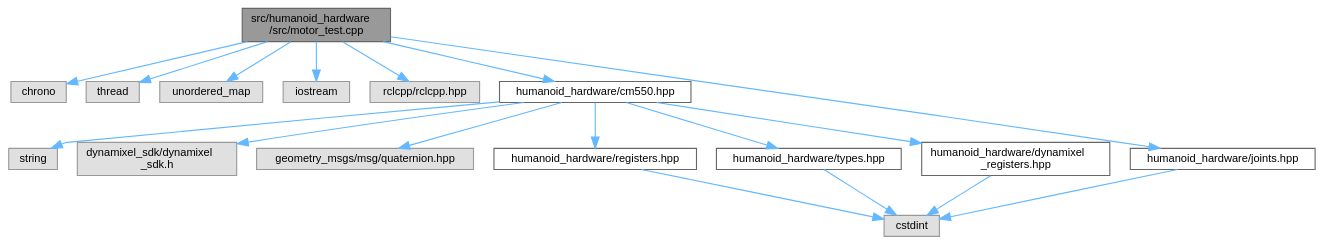
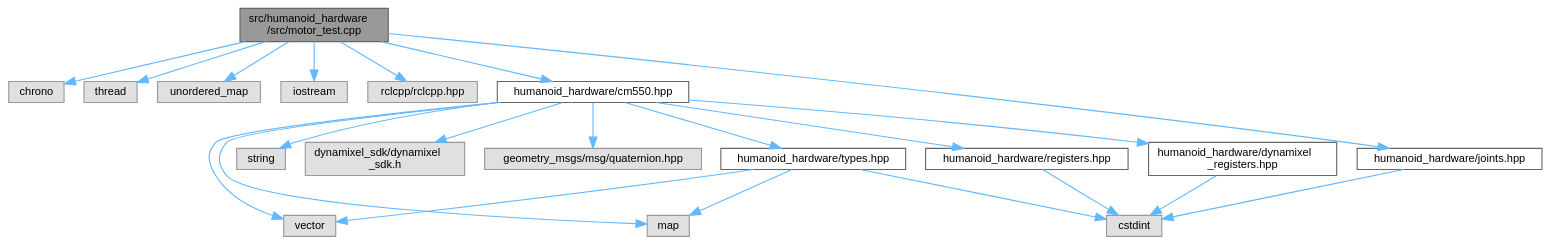
One commit to Sensor-Fusion-and-Advanced-Control/.github changed the diagram in humanoid/api/cpp_generated/motor__test_8cpp__incl.dot. Above: the diagram before and after it, drawn with Graphviz. The commit also changed 229 other files, not shown here.

```diff
--- a/humanoid/api/cpp_generated/motor__test_8cpp__incl.dot
+++ b/humanoid/api/cpp_generated/motor__test_8cpp__incl.dot
@@ -1,39 +1,45 @@
 digraph "src/humanoid_hardware/src/motor_test.cpp"
 {
  // LATEX_PDF_SIZE
   bgcolor="transparent";
   edge [fontname=Helvetica,fontsize=10,labelfontname=Helvetica,labelfontsize=10];
   node [fontname=Helvetica,fontsize=10,shape=box,height=0.2,width=0.4];
   Node1 [id="Node000001",label="src/humanoid_hardware\l/src/motor_test.cpp",height=0.2,width=0.4,color="gray40", fillcolor="grey60", style="filled", fontcolor="black",tooltip=" "];
   Node1 -> Node2 [id="edge1_Node000001_Node000002",color="steelblue1",style="solid",tooltip=" "];
   Node2 [id="Node000002",label="chrono",height=0.2,width=0.4,color="grey60", fillcolor="#E0E0E0", style="filled",tooltip=" "];
   Node1 -> Node3 [id="edge2_Node000001_Node000003",color="steelblue1",style="solid",tooltip=" "];
   Node3 [id="Node000003",label="thread",height=0.2,width=0.4,color="grey60", fillcolor="#E0E0E0", style="filled",tooltip=" "];
   Node1 -> Node4 [id="edge3_Node000001_Node000004",color="steelblue1",style="solid",tooltip=" "];
   Node4 [id="Node000004",label="unordered_map",height=0.2,width=0.4,color="grey60", fillcolor="#E0E0E0", style="filled",tooltip=" "];
   Node1 -> Node5 [id="edge4_Node000001_Node000005",color="steelblue1",style="solid",tooltip=" "];
   Node5 [id="Node000005",label="iostream",height=0.2,width=0.4,color="grey60", fillcolor="#E0E0E0", style="filled",tooltip=" "];
   Node1 -> Node6 [id="edge5_Node000001_Node000006",color="steelblue1",style="solid",tooltip=" "];
   Node6 [id="Node000006",label="rclcpp/rclcpp.hpp",height=0.2,width=0.4,color="grey60", fillcolor="#E0E0E0", style="filled",tooltip=" "];
   Node1 -> Node7 [id="edge6_Node000001_Node000007",color="steelblue1",style="solid",tooltip=" "];
   Node7 [id="Node000007",label="humanoid_hardware/cm550.hpp",height=0.2,width=0.4,color="grey40", fillcolor="white", style="filled",URL="$cm550_8hpp.html",tooltip=" "];
   Node7 -> Node8 [id="edge7_Node000007_Node000008",color="steelblue1",style="solid",tooltip=" "];
-  Node8 [id="Node000008",label="string",height=0.2,width=0.4,color="grey60", fillcolor="#E0E0E0", style="filled",tooltip=" "];
+  Node8 [id="Node000008",label="map",height=0.2,width=0.4,color="grey60", fillcolor="#E0E0E0", style="filled",tooltip=" "];
   Node7 -> Node9 [id="edge8_Node000007_Node000009",color="steelblue1",style="solid",tooltip=" "];
-  Node9 [id="Node000009",label="dynamixel_sdk/dynamixel\l_sdk.h",height=0.2,width=0.4,color="grey60", fillcolor="#E0E0E0", style="filled",tooltip=" "];
+  Node9 [id="Node000009",label="string",height=0.2,width=0.4,color="grey60", fillcolor="#E0E0E0", style="filled",tooltip=" "];
   Node7 -> Node10 [id="edge9_Node000007_Node000010",color="steelblue1",style="solid",tooltip=" "];
-  Node10 [id="Node000010",label="geometry_msgs/msg/quaternion.hpp",height=0.2,width=0.4,color="grey60", fillcolor="#E0E0E0", style="filled",tooltip=" "];
+  Node10 [id="Node000010",label="vector",height=0.2,width=0.4,color="grey60", fillcolor="#E0E0E0", style="filled",tooltip=" "];
   Node7 -> Node11 [id="edge10_Node000007_Node000011",color="steelblue1",style="solid",tooltip=" "];
-  Node11 [id="Node000011",label="humanoid_hardware/registers.hpp",height=0.2,width=0.4,color="grey40", fillcolor="white", style="filled",URL="$registers_8hpp.html",tooltip=" "];
-  Node11 -> Node12 [id="edge11_Node000011_Node000012",color="steelblue1",style="solid",tooltip=" "];
-  Node12 [id="Node000012",label="cstdint",height=0.2,width=0.4,color="grey60", fillcolor="#E0E0E0", style="filled",tooltip=" "];
+  Node11 [id="Node000011",label="dynamixel_sdk/dynamixel\l_sdk.h",height=0.2,width=0.4,color="grey60", fillcolor="#E0E0E0", style="filled",tooltip=" "];
+  Node7 -> Node12 [id="edge11_Node000007_Node000012",color="steelblue1",style="solid",tooltip=" "];
+  Node12 [id="Node000012",label="geometry_msgs/msg/quaternion.hpp",height=0.2,width=0.4,color="grey60", fillcolor="#E0E0E0", style="filled",tooltip=" "];
   Node7 -> Node13 [id="edge12_Node000007_Node000013",color="steelblue1",style="solid",tooltip=" "];
-  Node13 [id="Node000013",label="humanoid_hardware/types.hpp",height=0.2,width=0.4,color="grey40", fillcolor="white", style="filled",URL="$types_8hpp.html",tooltip=" "];
-  Node13 -> Node12 [id="edge13_Node000013_Node000012",color="steelblue1",style="solid",tooltip=" "];
-  Node7 -> Node14 [id="edge14_Node000007_Node000014",color="steelblue1",style="solid",tooltip=" "];
-  Node14 [id="Node000014",label="humanoid_hardware/dynamixel\l_registers.hpp",height=0.2,width=0.4,color="grey40", fillcolor="white", style="filled",URL="$dynamixel__registers_8hpp.html",tooltip=" "];
-  Node14 -> Node12 [id="edge15_Node000014_Node000012",color="steelblue1",style="solid",tooltip=" "];
-  Node1 -> Node15 [id="edge16_Node000001_Node000015",color="steelblue1",style="solid",tooltip=" "];
-  Node15 [id="Node000015",label="humanoid_hardware/joints.hpp",height=0.2,width=0.4,color="grey40", fillcolor="white", style="filled",URL="$joints_8hpp.html",tooltip=" "];
-  Node15 -> Node12 [id="edge17_Node000015_Node000012",color="steelblue1",style="solid",tooltip=" "];
+  Node13 [id="Node000013",label="humanoid_hardware/registers.hpp",height=0.2,width=0.4,color="grey40", fillcolor="white", style="filled",URL="$registers_8hpp.html",tooltip=" "];
+  Node13 -> Node14 [id="edge13_Node000013_Node000014",color="steelblue1",style="solid",tooltip=" "];
+  Node14 [id="Node000014",label="cstdint",height=0.2,width=0.4,color="grey60", fillcolor="#E0E0E0", style="filled",tooltip=" "];
+  Node7 -> Node15 [id="edge14_Node000007_Node000015",color="steelblue1",style="solid",tooltip=" "];
+  Node15 [id="Node000015",label="humanoid_hardware/types.hpp",height=0.2,width=0.4,color="grey40", fillcolor="white", style="filled",URL="$types_8hpp.html",tooltip=" "];
+  Node15 -> Node14 [id="edge15_Node000015_Node000014",color="steelblue1",style="solid",tooltip=" "];
+  Node15 -> Node8 [id="edge16_Node000015_Node000008",color="steelblue1",style="solid",tooltip=" "];
+  Node15 -> Node10 [id="edge17_Node000015_Node000010",color="steelblue1",style="solid",tooltip=" "];
+  Node7 -> Node16 [id="edge18_Node000007_Node000016",color="steelblue1",style="solid",tooltip=" "];
+  Node16 [id="Node000016",label="humanoid_hardware/dynamixel\l_registers.hpp",height=0.2,width=0.4,color="grey40", fillcolor="white", style="filled",URL="$dynamixel__registers_8hpp.html",tooltip=" "];
+  Node16 -> Node14 [id="edge19_Node000016_Node000014",color="steelblue1",style="solid",tooltip=" "];
+  Node1 -> Node17 [id="edge20_Node000001_Node000017",color="steelblue1",style="solid",tooltip=" "];
+  Node17 [id="Node000017",label="humanoid_hardware/joints.hpp",height=0.2,width=0.4,color="grey40", fillcolor="white", style="filled",URL="$joints_8hpp.html",tooltip=" "];
+  Node17 -> Node14 [id="edge21_Node000017_Node000014",color="steelblue1",style="solid",tooltip=" "];
 }
```
